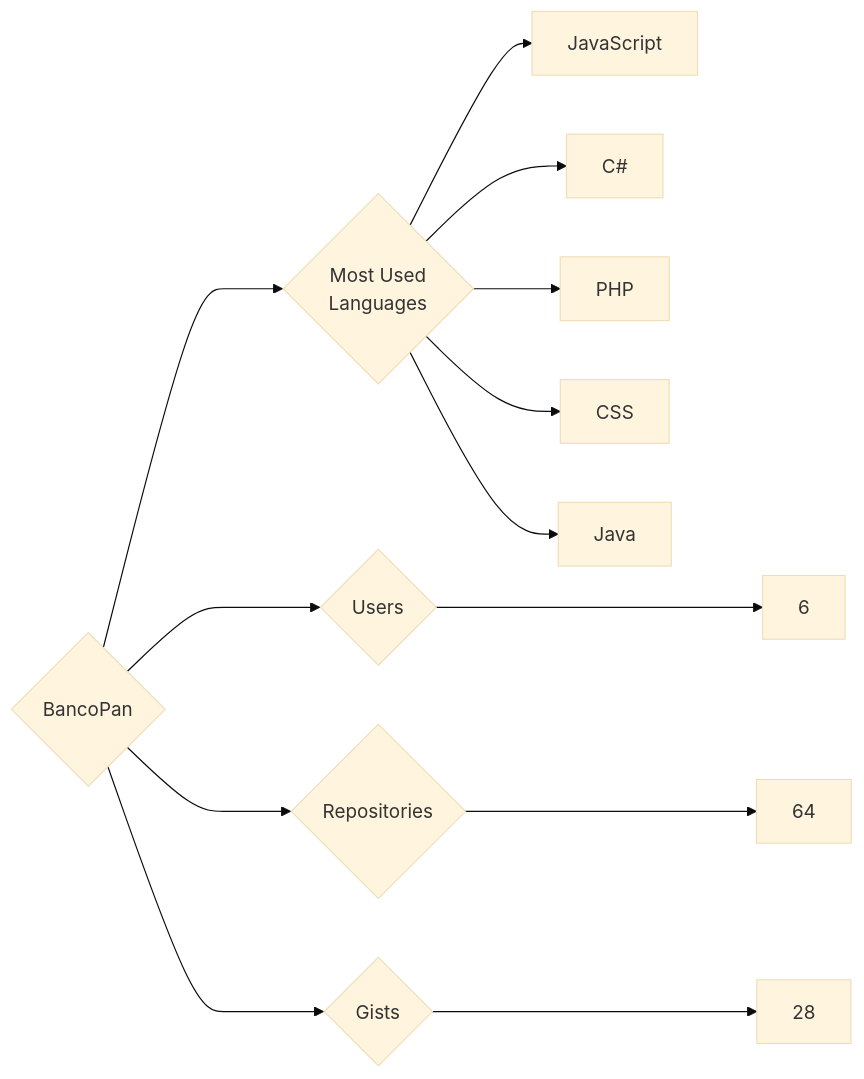
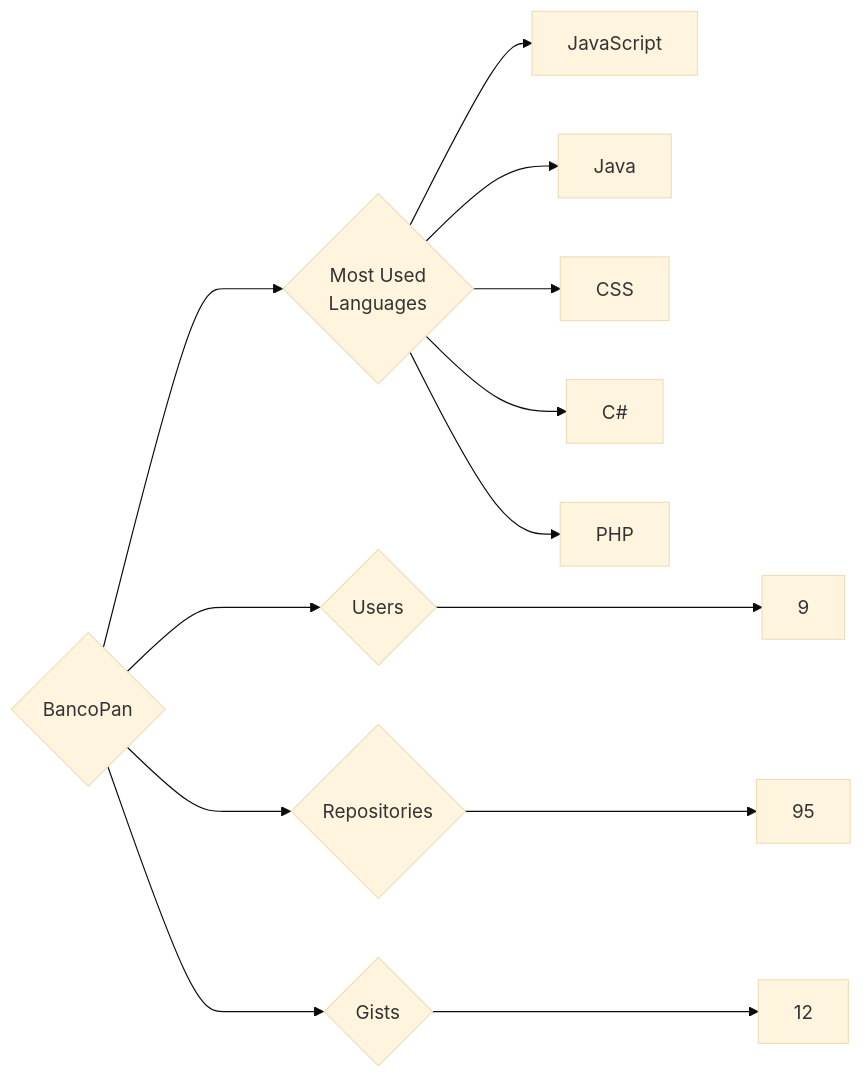
The diagram in targets/BancoPan/README.md (trickest/insiders), drawn with Mermaid (base theme) before and after one commit. The commit also changed 1167 other files, not shown here.

````diff
--- a/targets/BancoPan/README.md
+++ b/targets/BancoPan/README.md
@@ -3,13 +3,13 @@
 ```mermaid
 graph LR
 COMPANY_NAME{BancoPan}
-COMPANY_NAME ---> U{Users} ---> UN[6]
-COMPANY_NAME ---> R{Repositories} ---> RN[64]
-COMPANY_NAME ---> G{Gists} ---> GN[28]
+COMPANY_NAME ---> U{Users} ---> UN[9]
+COMPANY_NAME ---> R{Repositories} ---> RN[95]
+COMPANY_NAME ---> G{Gists} ---> GN[12]
 COMPANY_NAME ---> ML{Most Used<br>Languages}
 ML --> JavaScript[JavaScript]
+ML --> Java[Java]
+ML --> CSS[CSS]
 ML --> C#[C#]
 ML --> PHP[PHP]
-ML --> CSS[CSS]
-ML --> Java[Java]
 ```
````
